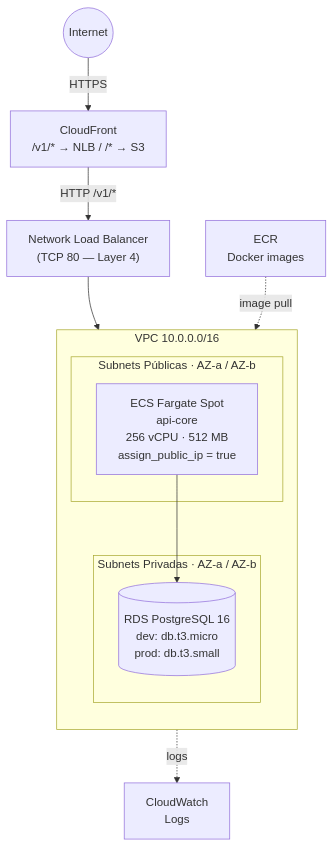
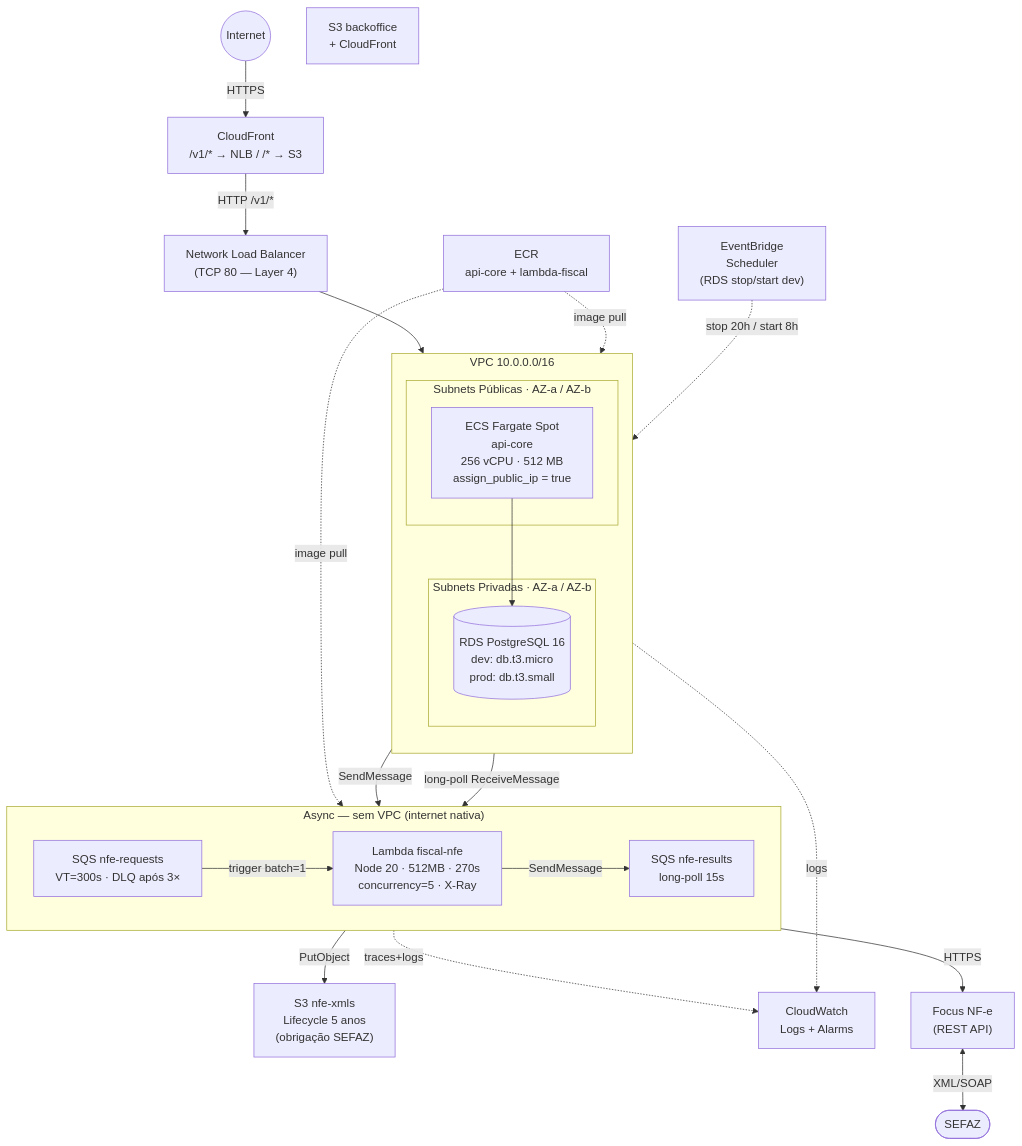
Before and after one commit to gercenioxsilva/erp-lite: the second of 2 diagrams in README.md, drawn with Mermaid. The commit also changed other lines of this file, not shown here.

````diff
--- a/README.md
+++ b/README.md
@@ -223,24 +251,46 @@
 ```mermaid
 flowchart TD
     internet(("Internet"))
     internet -->|HTTPS| cf["CloudFront\n/v1/* → NLB  /  /* → S3"]
     cf -->|HTTP /v1/*| alb["Network Load Balancer\n(TCP 80 — Layer 4)"]
 
     subgraph vpc["VPC  10.0.0.0/16"]
         direction TB
         subgraph pub["Subnets Públicas  ·  AZ-a / AZ-b"]
             ecs["ECS Fargate Spot\napi-core\n256 vCPU · 512 MB\nassign_public_ip = true"]
         end
         subgraph priv["Subnets Privadas  ·  AZ-a / AZ-b"]
             rds[("RDS PostgreSQL 16\ndev: db.t3.micro\nprod: db.t3.small")]
         end
     end
 
-    ecr["ECR\nDocker images"]
-    cw["CloudWatch\nLogs"]
+    subgraph async["Async — sem VPC (internet nativa)"]
+        direction LR
+        sqs_req["SQS nfe-requests\nVT=300s · DLQ após 3×"]
+        lambda["Lambda fiscal-nfe\nNode 20 · 512MB · 270s\nconcurrency=5 · X-Ray"]
+        sqs_res["SQS nfe-results\nlong-poll 15s"]
+    end
+
+    ecr["ECR\napi-core + lambda-fiscal"]
+    s3_nfe["S3 nfe-xmls\nLifecycle 5 anos\n(obrigação SEFAZ)"]
+    s3_ui["S3 backoffice\n+ CloudFront"]
+    cw["CloudWatch\nLogs + Alarms"]
+    focus["Focus NF-e\n(REST API)"]
+    sefaz(["SEFAZ"])
+    eb["EventBridge\nScheduler\n(RDS stop/start dev)"]
 
     alb --> ecs
     ecs --> rds
+    ecs -->|SendMessage| sqs_req
+    ecs -->|long-poll ReceiveMessage| sqs_res
+    sqs_req -->|trigger batch=1| lambda
+    lambda -->|HTTPS| focus
+    focus <-->|XML/SOAP| sefaz
+    lambda -->|PutObject| s3_nfe
+    lambda -->|SendMessage| sqs_res
     ecr -.->|image pull| ecs
+    ecr -.->|image pull| lambda
     ecs -.->|logs| cw
+    lambda -.->|traces+logs| cw
+    eb -.->|stop 20h / start 8h| rds
 ```
````
